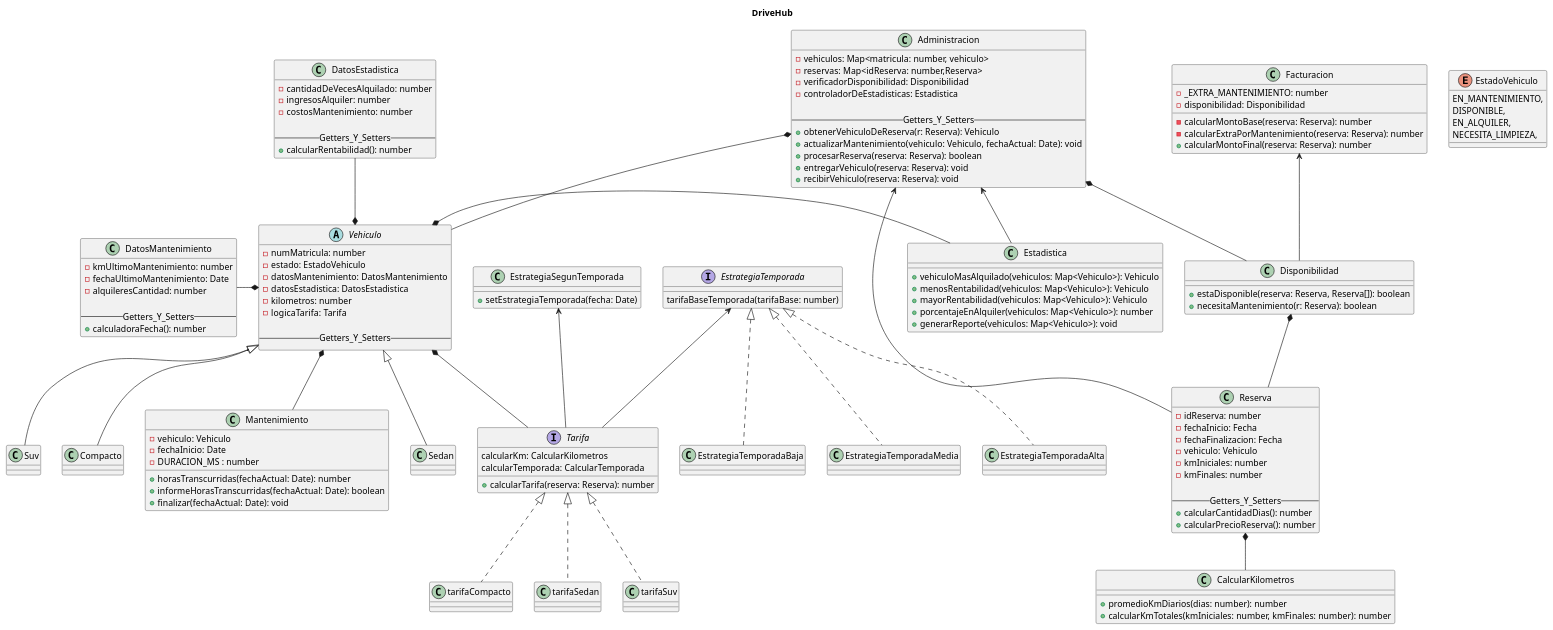
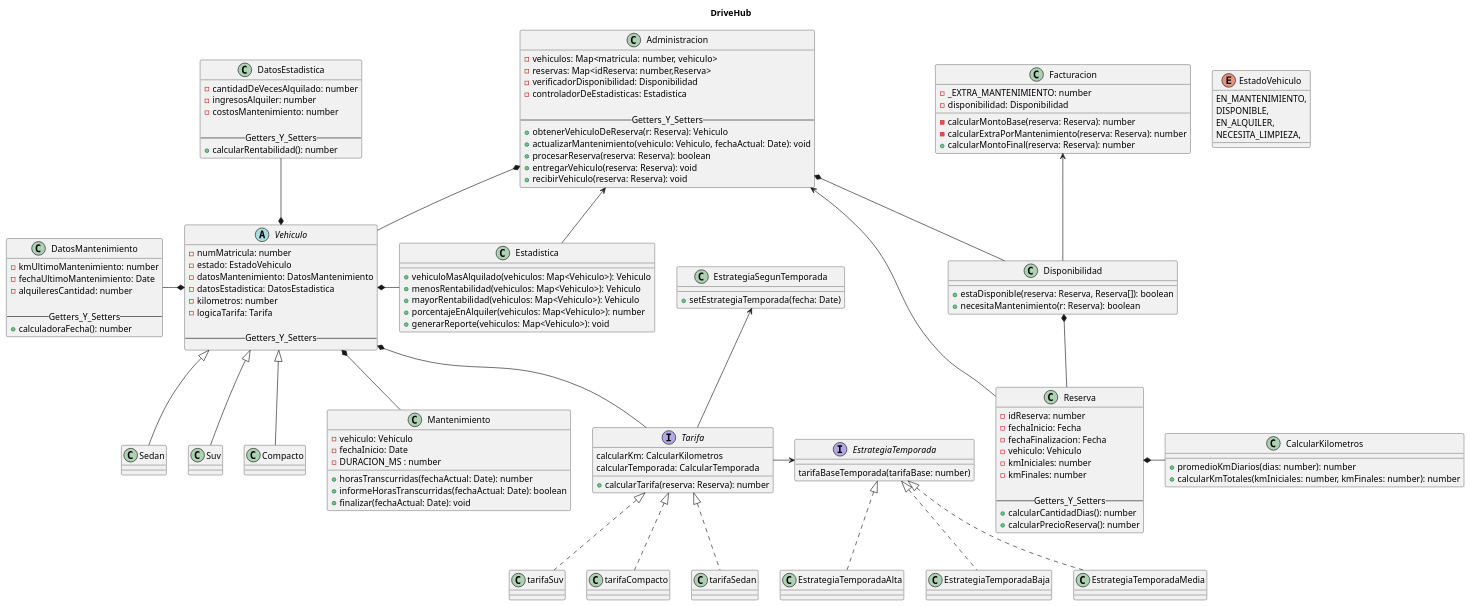
Before and after one commit to Nash-Blip/Programaci-n-II: the diagram in diagramas/clases/clases.puml, drawn with PlantUML.

```diff
--- a/diagramas/clases/clases.puml
+++ b/diagramas/clases/clases.puml
@@ -1,151 +1,151 @@
-@startuml 
+@startuml name DiagramaClases
 title DriveHub
 
 abstract class Vehiculo{
     - numMatricula: number
     - estado: EstadoVehiculo
     - datosMantenimiento: DatosMantenimiento
     - datosEstadistica: DatosEstadistica
     - kilometros: number
     - logicaTarifa: Tarifa
 
     --Getters_Y_Setters--
 }
 
 class Sedan extends Vehiculo{}
 class Suv extends Vehiculo{}
 class Compacto extends Vehiculo{}
 
 class EstrategiaSegunTemporada{
     +setEstrategiaTemporada(fecha: Date)
 }
 
 interface EstrategiaTemporada{
     tarifaBaseTemporada(tarifaBase: number)
 }
 
 class EstrategiaTemporadaAlta implements EstrategiaTemporada{}
 
 class EstrategiaTemporadaBaja implements EstrategiaTemporada{}
 
 class EstrategiaTemporadaMedia implements EstrategiaTemporada{}
 
 class DatosEstadistica{
     -cantidadDeVecesAlquilado: number
     -ingresosAlquiler: number
     -costosMantenimiento: number
 
     --Getters_Y_Setters--
     +calcularRentabilidad(): number
 }
 
 class Mantenimiento{
     - vehiculo: Vehiculo
     - fechaInicio: Date
     - DURACION_MS : number
 
     +horasTranscurridas(fechaActual: Date): number
     +informeHorasTranscurridas(fechaActual: Date): boolean
     +finalizar(fechaActual: Date): void
 }
 
 class DatosMantenimiento{
     -kmUltimoMantenimiento: number
     -fechaUltimoMantenimiento: Date 
     -alquileresCantidad: number
 
     --Getters_Y_Setters--
     + calculadoraFecha(): number
 }
 
 interface Tarifa{
     calcularKm: CalcularKilometros
     calcularTemporada: CalcularTemporada
     +calcularTarifa(reserva: Reserva): number
 }
 
 class tarifaSuv implements Tarifa{}
 
 class tarifaCompacto implements Tarifa{}
 
 class tarifaSedan implements Tarifa{}
 
 class Reserva{
     -idReserva: number
     -fechaInicio: Fecha
     -fechaFinalizacion: Fecha
     -vehiculo: Vehiculo
     -kmIniciales: number
     -kmFinales: number
 
     --Getters_Y_Setters--
     +calcularCantidadDias(): number
     +calcularPrecioReserva(): number
 }
 
 class CalcularKilometros{
     +promedioKmDiarios(dias: number): number
     +calcularKmTotales(kmIniciales: number, kmFinales: number): number
 }
 
 enum EstadoVehiculo{
     EN_MANTENIMIENTO,
     DISPONIBLE,
     EN_ALQUILER,
     NECESITA_LIMPIEZA,
 }
 
 class Facturacion {
     - _EXTRA_MANTENIMIENTO: number
     - disponibilidad: Disponibilidad
 
     - calcularMontoBase(reserva: Reserva): number
     - calcularExtraPorMantenimiento(reserva: Reserva): number
     + calcularMontoFinal(reserva: Reserva): number
 }
 
 class Administracion{
     -vehiculos: Map<matricula: number, vehiculo>
     -reservas: Map<idReserva: number,Reserva>
     -verificadorDisponibilidad: Disponibilidad
     -controladorDeEstadisticas: Estadistica
 
     --Getters_Y_Setters--
     +obtenerVehiculoDeReserva(r: Reserva): Vehiculo
     +actualizarMantenimiento(vehiculo: Vehiculo, fechaActual: Date): void
     +procesarReserva(reserva: Reserva): boolean
     +entregarVehiculo(reserva: Reserva): void
     +recibirVehiculo(reserva: Reserva): void
 }
 
 class Disponibilidad{
     + estaDisponible(reserva: Reserva, Reserva[]): boolean
     + necesitaMantenimiento(r: Reserva): boolean
 }
 
 class Estadistica{
     + vehiculoMasAlquilado(vehiculos: Map<Vehiculo>): Vehiculo
     + menosRentabilidad(vehiculos: Map<Vehiculo>): Vehiculo
     + mayorRentabilidad(vehiculos: Map<Vehiculo>): Vehiculo
     + porcentajeEnAlquiler(vehiculos: Map<Vehiculo>): number
     + generarReporte(vehiculos: Map<Vehiculo>): void
 }
 
 
 ' Relaciones
 Vehiculo *-- Tarifa
 Administracion *-- Vehiculo
 Disponibilidad *-- Reserva
-Reserva *-- CalcularKilometros
+Reserva *-r- CalcularKilometros
 Administracion *-- Disponibilidad
 Administracion <-- Reserva
 Vehiculo *-u- DatosEstadistica
 Vehiculo *-l- DatosMantenimiento
 Vehiculo *-r- Estadistica
 EstrategiaSegunTemporada <-- Tarifa
-EstrategiaTemporada <-- Tarifa
-Vehiculo *-- Mantenimiento
+EstrategiaTemporada <-l- Tarifa
+Vehiculo *-d- Mantenimiento
 Administracion <-- Estadistica
 Facturacion <-- Disponibilidad
 
 @enduml
```
